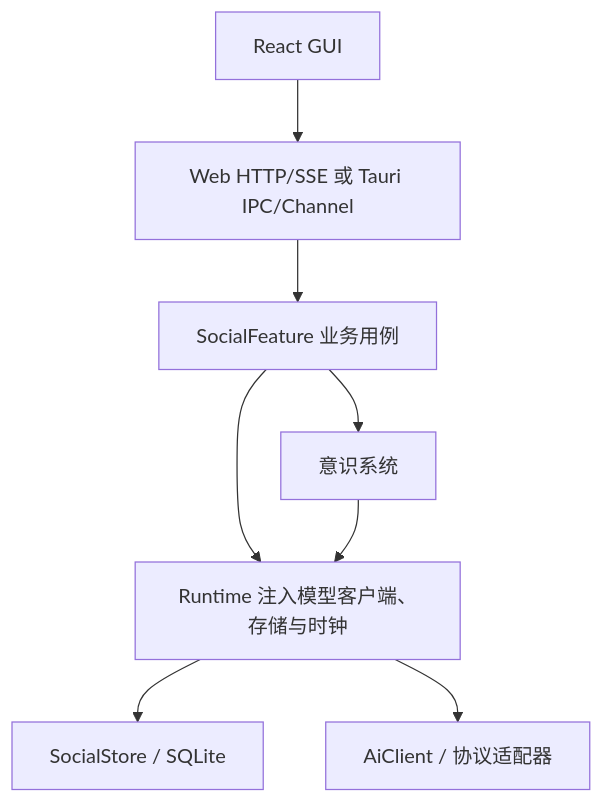
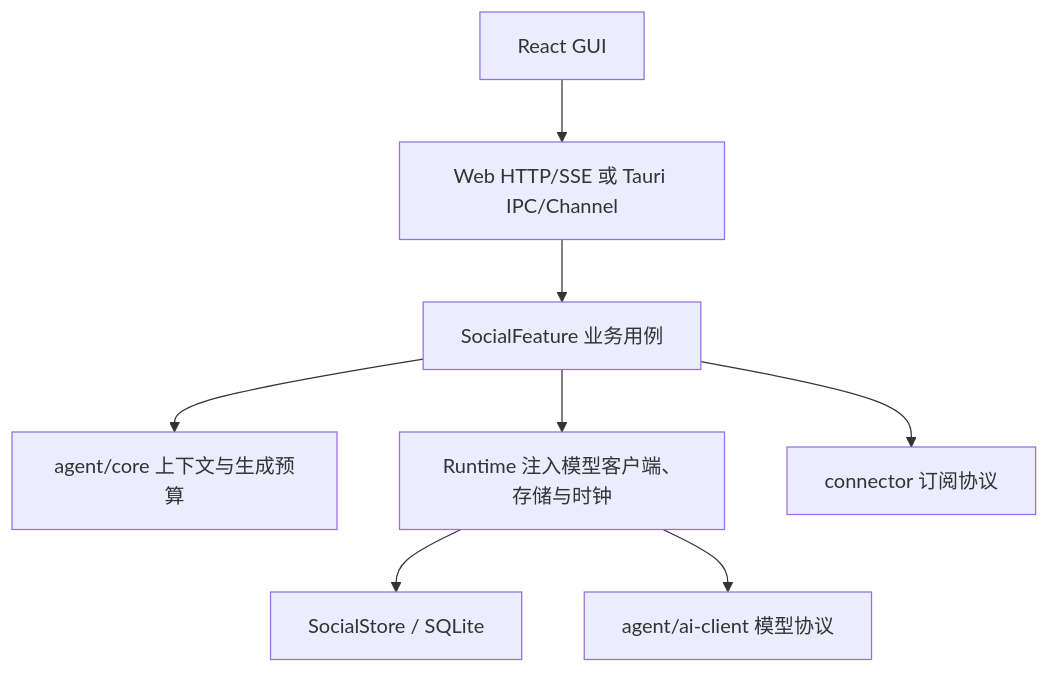
Before and after one commit to NingCold/llm-nest: the second of 2 diagrams in docs/design/overview.md, drawn with Mermaid. The commit also changed other lines of this file and 307 other files, not shown here.

Commit message:
refactor: split client server agent and connector modules

````diff
--- a/docs/design/overview.md
+++ b/docs/design/overview.md
@@ -60,10 +60,10 @@
 ```mermaid
 flowchart TD
     UI[React GUI] --> Adapter[Web HTTP/SSE 或 Tauri IPC/Channel]
     Adapter --> Feature[SocialFeature 业务用例]
-    Feature --> Consciousness[意识系统]
+    Feature --> Consciousness[agent/core 上下文与生成预算]
     Feature --> Resources[Runtime 注入模型客户端、存储与时钟]
-    Consciousness --> Resources
+    Feature --> Protocol[connector 订阅协议]
     Resources --> Store[SocialStore / SQLite]
-    Resources --> Models[AiClient / 协议适配器]
+    Resources --> Models[agent/ai-client 模型协议]
 ```
````
